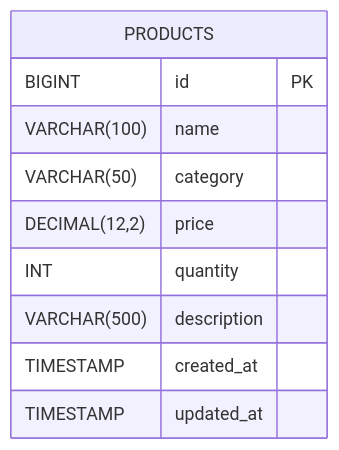
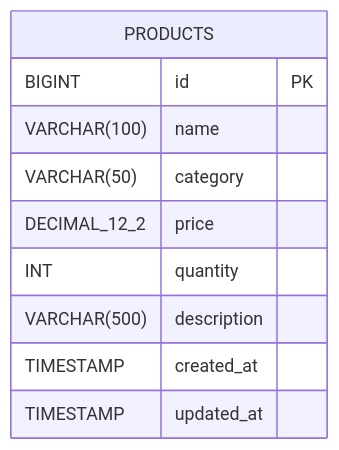
One commit to AMRITANKA/Product-Management-System changed the diagram in README.md. Above: the diagram before and after it, drawn with Mermaid. The commit also changed other lines of this file, not shown here.

Commit message:
preview updated

````diff
--- a/README.md
+++ b/README.md
@@ -536,13 +536,13 @@
 ```mermaid
 erDiagram
     PRODUCTS {
         BIGINT id PK
         VARCHAR(100) name
         VARCHAR(50) category
-        DECIMAL(12,2) price
+       DECIMAL_12_2 price
         INT quantity
         VARCHAR(500) description
         TIMESTAMP created_at
         TIMESTAMP updated_at
     }
 ```
````
